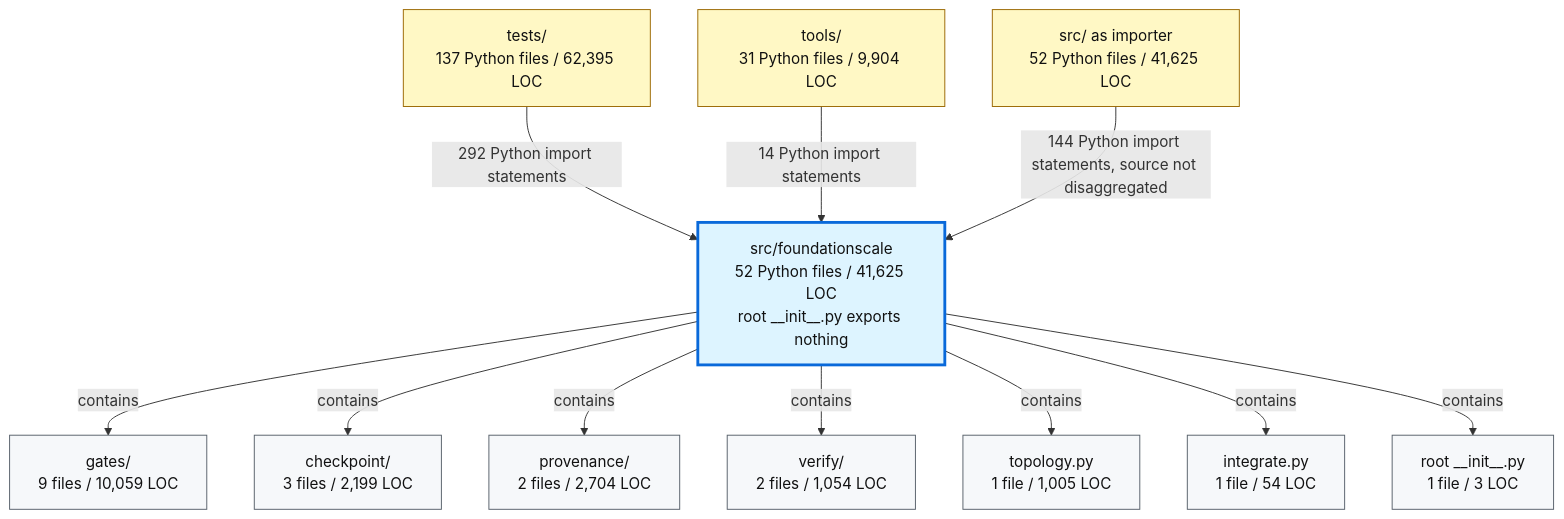
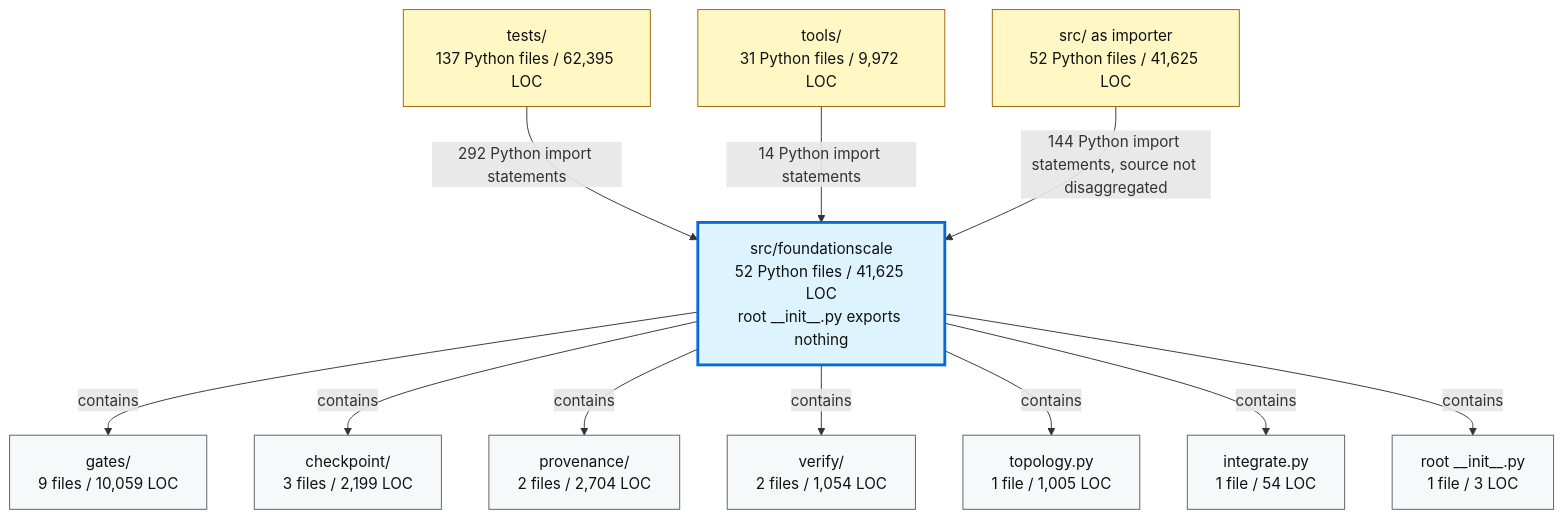
The second of 2 diagrams in docs/review/D2_current_architecture.md (TranNhiem/FoundationScale), drawn with Mermaid before and after one commit. The commit also changed other lines of this file and 10 other files, not shown here.

````diff
--- a/docs/review/D2_current_architecture.md
+++ b/docs/review/D2_current_architecture.md
@@ -97,36 +97,36 @@
 ```mermaid
 flowchart TB
   TESTS["tests/<br/>137 Python files / 62,395 LOC"]
-  TOOLS["tools/<br/>31 Python files / 9,904 LOC"]
+  TOOLS["tools/<br/>31 Python files / 9,972 LOC"]
   SRC["src/ as importer<br/>52 Python files / 41,625 LOC"]
 
   FS["src/foundationscale<br/>52 Python files / 41,625 LOC<br/>root __init__.py exports nothing"]
 
   GATES["gates/<br/>9 files / 10,059 LOC"]
   CKPT["checkpoint/<br/>3 files / 2,199 LOC"]
   PROV["provenance/<br/>2 files / 2,704 LOC"]
   VERIFY["verify/<br/>2 files / 1,054 LOC"]
   TOPO["topology.py<br/>1 file / 1,005 LOC"]
   INTEG["integrate.py<br/>1 file / 54 LOC"]
   ROOT["root __init__.py<br/>1 file / 3 LOC"]
 
   TESTS -->|"292 Python import statements"| FS
   TOOLS -->|"14 Python import statements"| FS
   SRC -->|"144 Python import statements, source not disaggregated"| FS
 
   FS -->|"contains"| GATES
   FS -->|"contains"| CKPT
   FS -->|"contains"| PROV
   FS -->|"contains"| VERIFY
   FS -->|"contains"| TOPO
   FS -->|"contains"| INTEG
   FS -->|"contains"| ROOT
 
   classDef consumer fill:#fff8c5,stroke:#9a6700,color:#111;
   classDef package fill:#ddf4ff,stroke:#0969da,stroke-width:3px,color:#111;
   classDef module fill:#f6f8fa,stroke:#57606a,color:#111;
 
   class TESTS,TOOLS,SRC consumer;
   class FS package;
   class GATES,CKPT,PROV,VERIFY,TOPO,INTEG,ROOT module;
 ```
````
